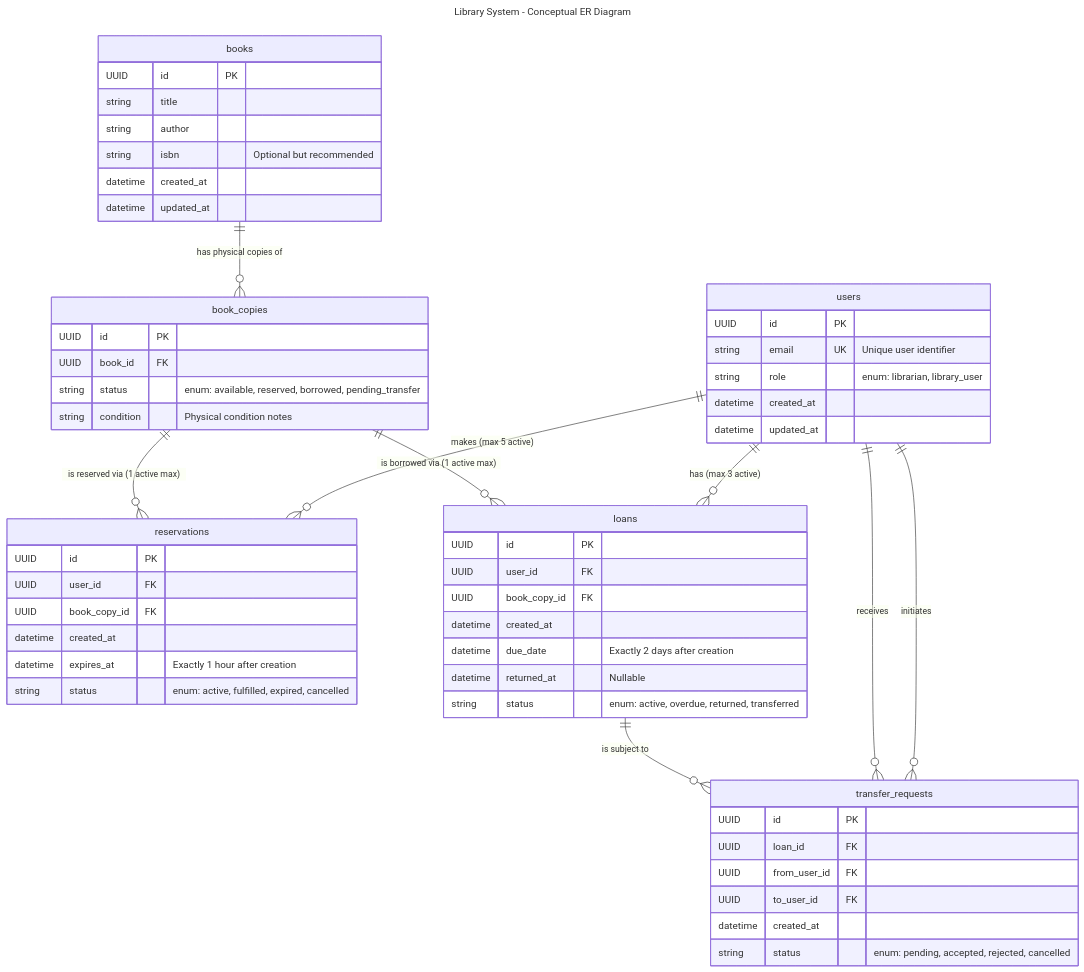
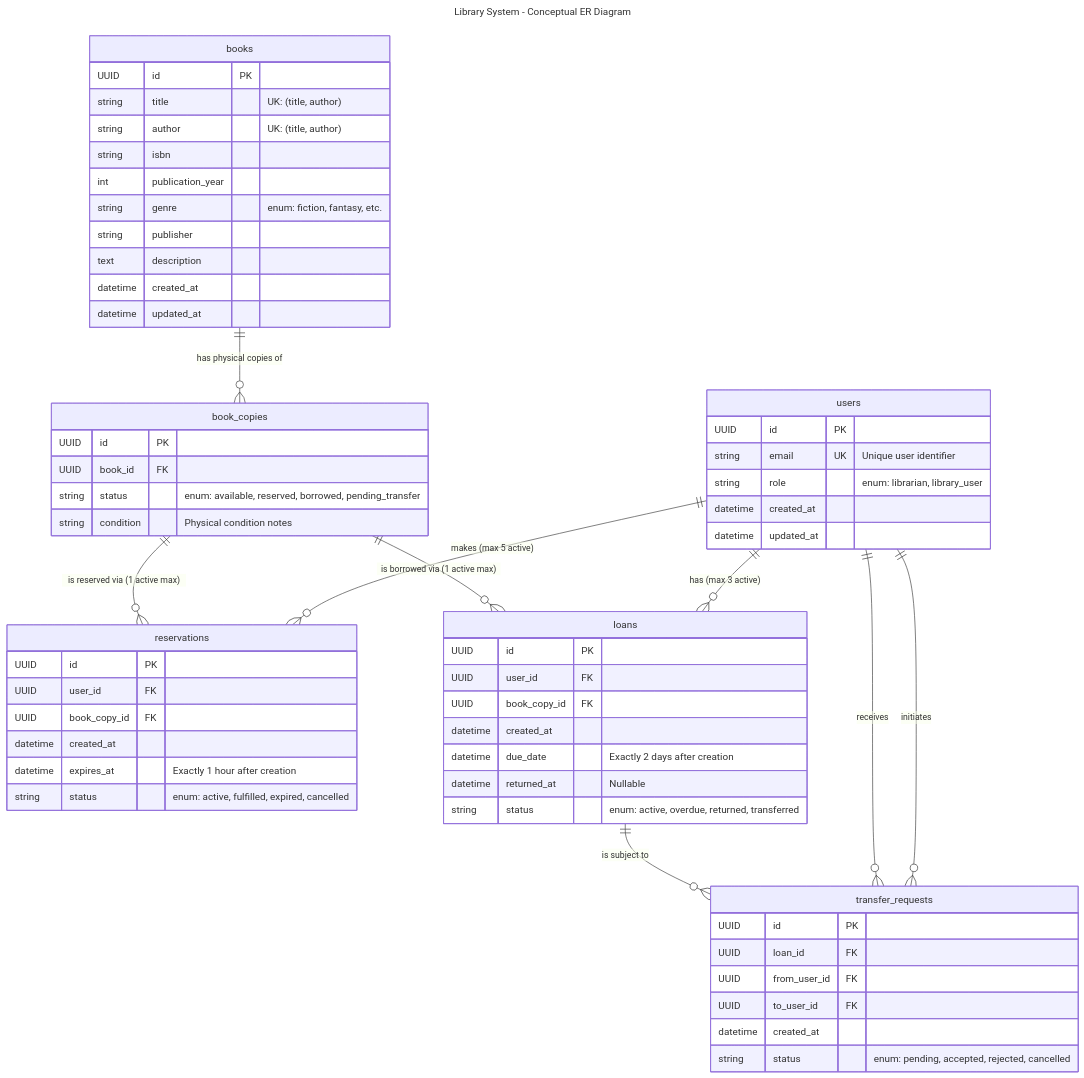
The diagram in database-schema.md (dsalazarl/library-system), drawn with Mermaid before and after one commit. The commit also changed 13 other files, not shown here.

````diff
--- a/database-schema.md
+++ b/database-schema.md
@@ -9,71 +9,75 @@
 ```mermaid
 ---
 title: Library System - Conceptual ER Diagram
 ---
 erDiagram
     %% Entities
     users {
         UUID id PK
         string email UK "Unique user identifier"
         string role "enum: librarian, library_user"
         datetime created_at
         datetime updated_at
     }
 
     books {
         UUID id PK
-        string title
-        string author
-        string isbn "Optional but recommended"
+        string title "UK: (title, author)"
+        string author "UK: (title, author)"
+        string isbn
+        int publication_year
+        string genre "enum: fiction, fantasy, etc."
+        string publisher
+        text description
         datetime created_at
         datetime updated_at
     }
 
     book_copies {
         UUID id PK
         UUID book_id FK
         string status "enum: available, reserved, borrowed, pending_transfer"
         string condition "Physical condition notes"
     }
 
     reservations {
         UUID id PK
         UUID user_id FK
         UUID book_copy_id FK
         datetime created_at
         datetime expires_at "Exactly 1 hour after creation"
         string status "enum: active, fulfilled, expired, cancelled"
     }
 
     loans {
         UUID id PK
         UUID user_id FK
         UUID book_copy_id FK
         datetime created_at
         datetime due_date "Exactly 2 days after creation"
         datetime returned_at "Nullable"
         string status "enum: active, overdue, returned, transferred"
     }
 
     transfer_requests {
         UUID id PK
         UUID loan_id FK
         UUID from_user_id FK
         UUID to_user_id FK
         datetime created_at
         string status "enum: pending, accepted, rejected, cancelled"
     }
 
     %% Relationships
     users ||--o{ reservations : "makes (max 5 active)"
     users ||--o{ loans : "has (max 3 active)"
     users ||--o{ transfer_requests : "initiates"
     users ||--o{ transfer_requests : "receives"
     
     books ||--o{ book_copies : "has physical copies of"
     
     book_copies ||--o{ reservations : "is reserved via (1 active max)"
     book_copies ||--o{ loans : "is borrowed via (1 active max)"
     
     loans ||--o{ transfer_requests : "is subject to"
 ```
````
